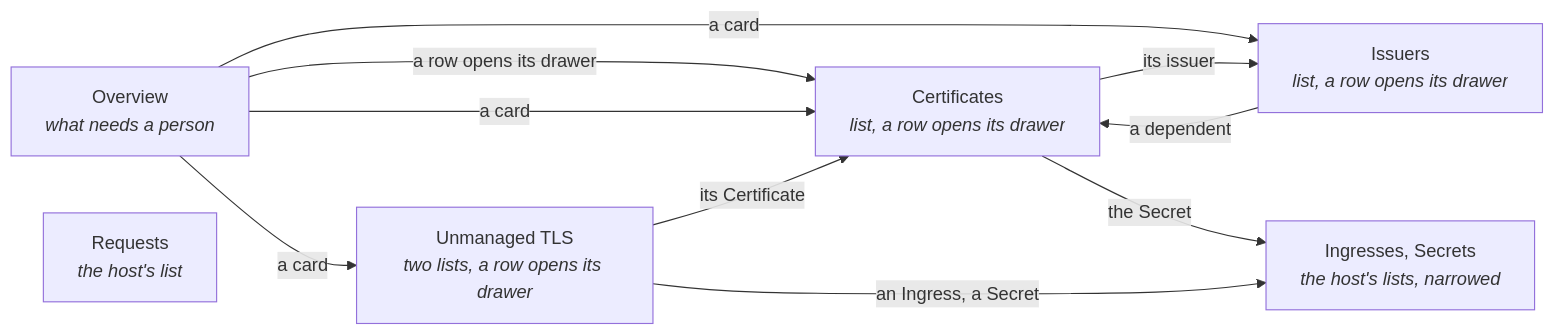
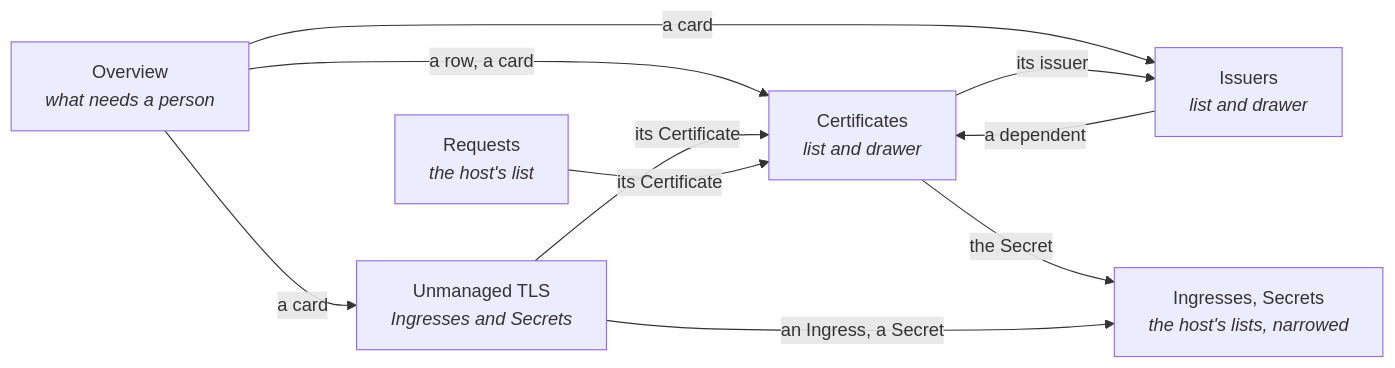
The first of 3 diagrams in docs/cert-manager.md (DiegoBulhoes/freelens-addons), drawn with Mermaid before and after one commit. The commit also changed other lines of this file and 141 other files, not shown here.

First line of the commit message:
feat(cert-manager): refused lists say so, and out-of-date certificates are seeded

````diff
--- a/docs/cert-manager.md
+++ b/docs/cert-manager.md
@@ -21,18 +21,18 @@
 ```mermaid
 flowchart LR
   O["Overview<br/><i>what needs a person</i>"]
-  C["Certificates<br/><i>list, a row opens its drawer</i>"]
-  I["Issuers<br/><i>list, a row opens its drawer</i>"]
+  C["Certificates<br/><i>list and drawer</i>"]
+  I["Issuers<br/><i>list and drawer</i>"]
   R["Requests<br/><i>the host's list</i>"]
-  U["Unmanaged TLS<br/><i>two lists, a row opens its drawer</i>"]
+  U["Unmanaged TLS<br/><i>Ingresses and Secrets</i>"]
 
-  O -->|a row opens its drawer| C
-  O -->|a card| C
+  O -->|a row, a card| C
   O -->|a card| I
   O -->|a card| U
   C -->|its issuer| I
   I -->|a dependent| C
   U -->|its Certificate| C
+  R -->|its Certificate| C
   C -->|the Secret| H["Ingresses, Secrets<br/><i>the host's lists, narrowed</i>"]
   U -->|an Ingress, a Secret| H
 ```
````
